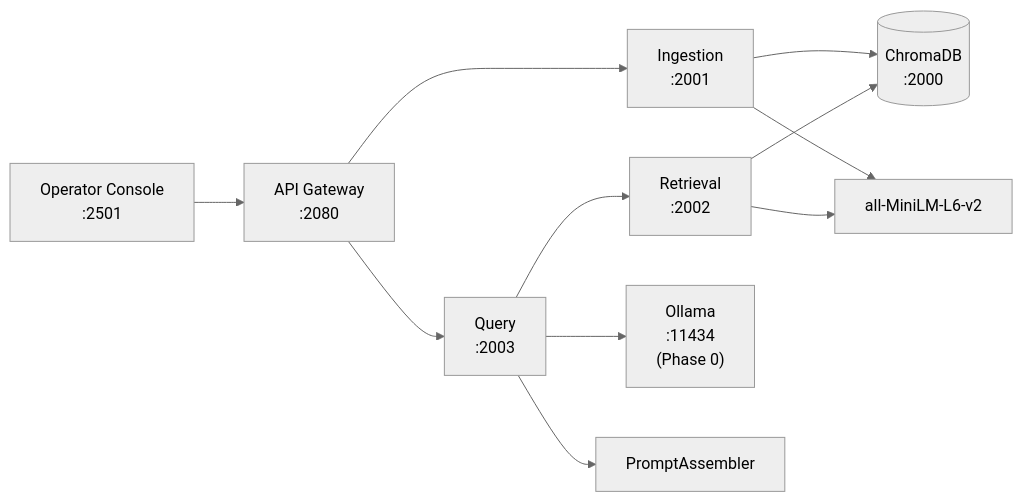
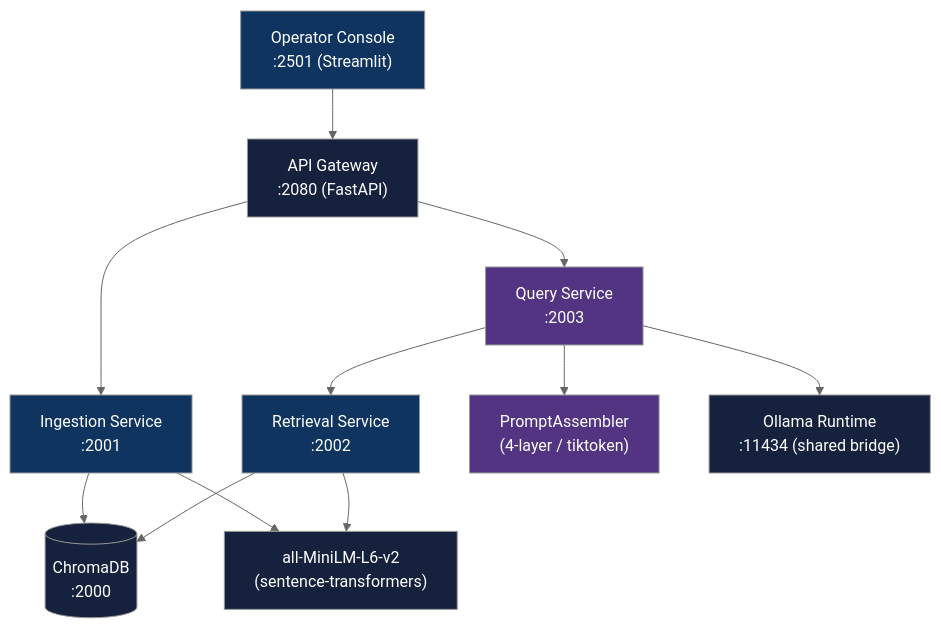
The diagram in README.md (adityonugrohoid/rag-operator-console), drawn with Mermaid (neutral theme) before and after one commit. The commit also changed other lines of this file, not shown here.

````diff
--- a/README.md
+++ b/README.md
@@ -82,13 +74,23 @@
 ```mermaid
-graph LR
-    Console["Operator Console<br/>:2501"] --> GW["API Gateway<br/>:2080"]
-    GW --> Ingest["Ingestion<br/>:2001"]
-    GW --> Query["Query<br/>:2003"]
-    Query --> Retrieval["Retrieval<br/>:2002"]
-    Ingest --> Chroma[("ChromaDB<br/>:2000")]
+graph TD
+    Console["Operator Console\n:2501 (Streamlit)"] --> GW["API Gateway\n:2080 (FastAPI)"]
+    GW --> Ingest["Ingestion Service\n:2001"]
+    GW --> Query["Query Service\n:2003"]
+    Query --> Retrieval["Retrieval Service\n:2002"]
+    Ingest --> Chroma[("ChromaDB\n:2000")]
     Retrieval --> Chroma
-    Ingest --> Embedder["all-MiniLM-L6-v2"]
+    Ingest --> Embedder["all-MiniLM-L6-v2\n(sentence-transformers)"]
     Retrieval --> Embedder
-    Query --> Ollama["Ollama<br/>:11434<br/>(Phase 0)"]
-    Query --> Assembler["PromptAssembler"]
+    Query --> Assembler["PromptAssembler\n(4-layer / tiktoken)"]
+    Query --> Ollama["Ollama Runtime\n:11434 (shared bridge)"]
+
+    style Console fill:#0f3460,color:#fff
+    style GW fill:#16213e,color:#fff
+    style Ingest fill:#0f3460,color:#fff
+    style Query fill:#533483,color:#fff
+    style Retrieval fill:#0f3460,color:#fff
+    style Chroma fill:#16213e,color:#fff
+    style Embedder fill:#16213e,color:#fff
+    style Assembler fill:#533483,color:#fff
+    style Ollama fill:#16213e,color:#fff
 ```
````
